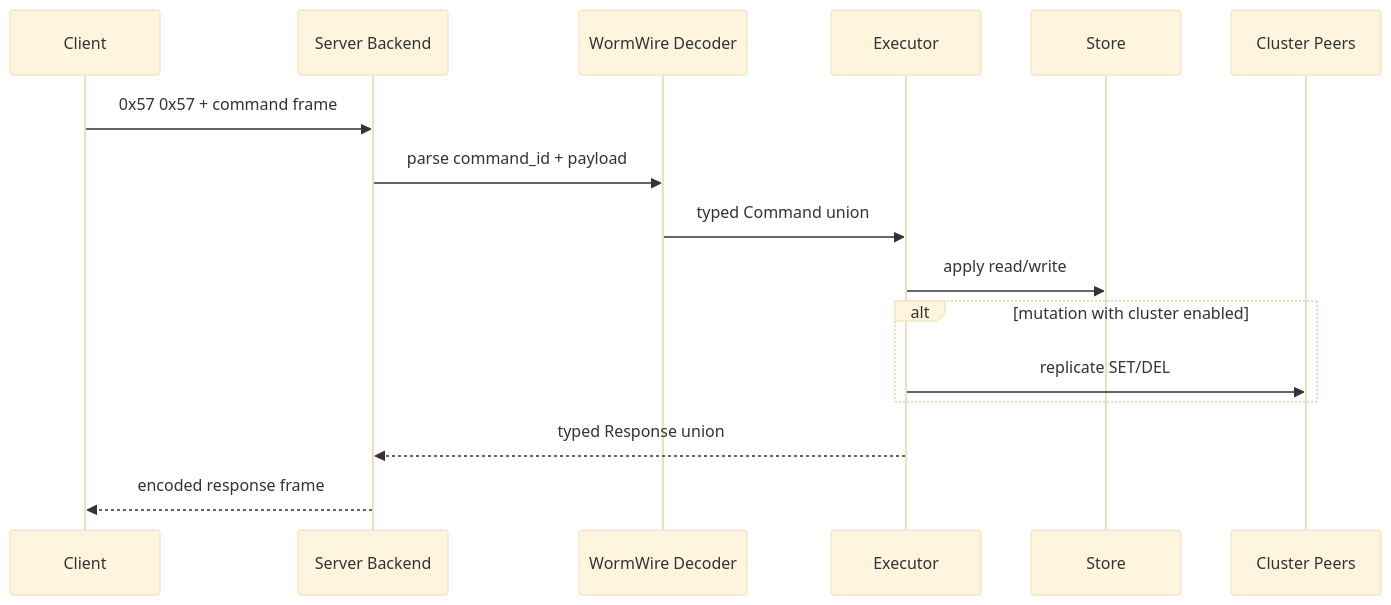
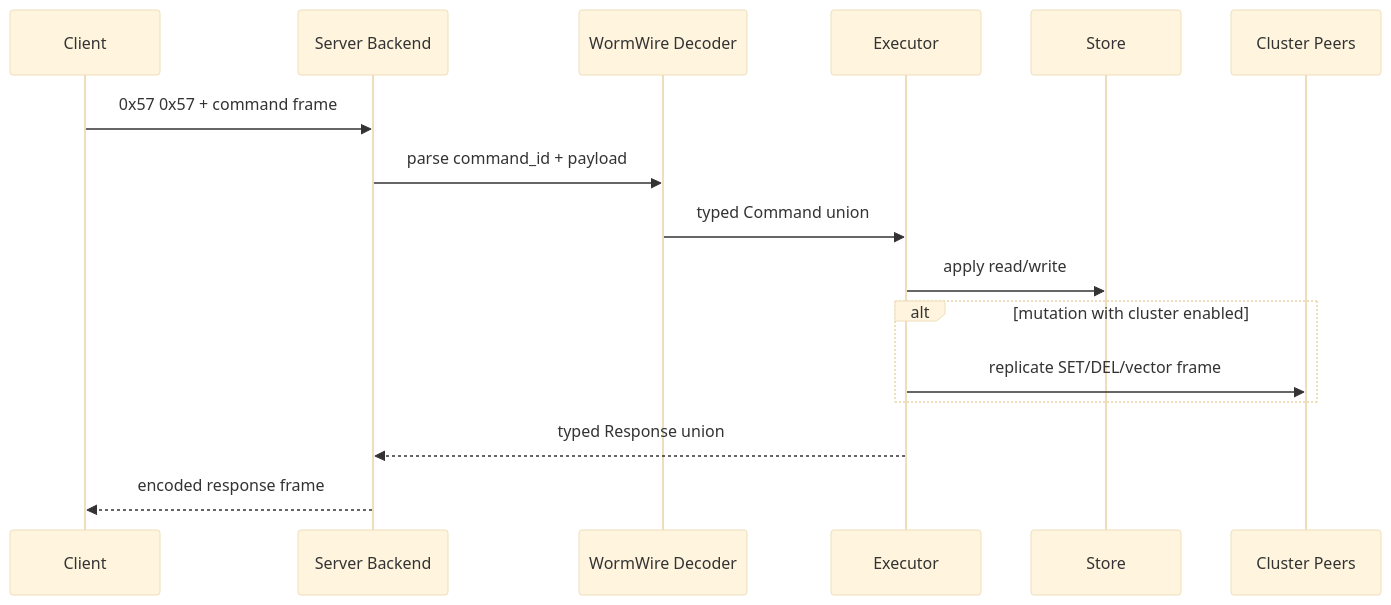
One commit to igorls/wormdb changed the second of 2 diagrams in docs/architecture/index.md. Above: the diagram before and after it, drawn with Mermaid (base theme). The commit also changed other lines of this file and 26 other files, not shown here.

````diff
--- a/docs/architecture/index.md
+++ b/docs/architecture/index.md
@@ -38,19 +44,19 @@
 ```mermaid
 sequenceDiagram
 	participant C as Client
 	participant S as Server Backend
 	participant W as WormWire Decoder
 	participant E as Executor
 	participant T as Store
 	participant CL as Cluster Peers
 
 	C->>S: 0x57 0x57 + command frame
 	S->>W: parse command_id + payload
 	W->>E: typed Command union
 	E->>T: apply read/write
 	alt mutation with cluster enabled
-		E->>CL: replicate SET/DEL
+		E->>CL: replicate SET/DEL/vector frame
 	end
 	E-->>S: typed Response union
 	S-->>C: encoded response frame
 ```
````
